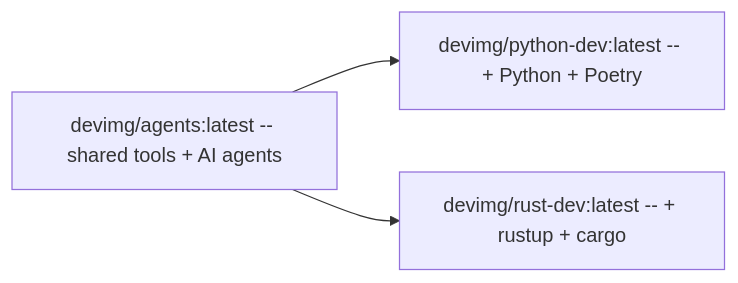
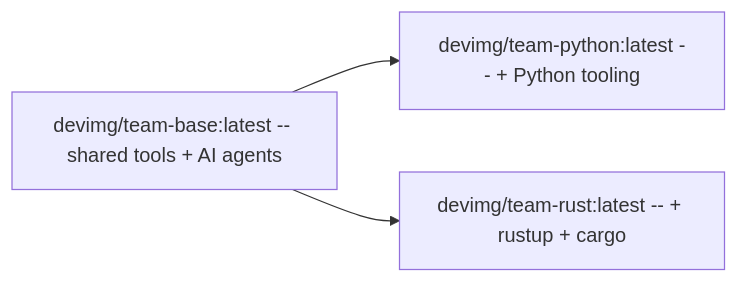
One commit to gubasso/devcontainerctl changed the fourth of 4 diagrams in docs/WORKFLOW-COMPARISON.md. Above: the diagram before and after it, drawn with Mermaid. The commit also changed other lines of this file and 59 other files, not shown here.

````diff
--- a/docs/WORKFLOW-COMPARISON.md
+++ b/docs/WORKFLOW-COMPARISON.md
@@ -447,8 +445,8 @@
 ```mermaid
 graph LR
-  AGENTS["devimg/agents:latest -- shared tools + AI agents"]
-  PYIMG["devimg/python-dev:latest -- + Python + Poetry"]
-  RSIMG["devimg/rust-dev:latest -- + rustup + cargo"]
-  AGENTS --> PYIMG
-  AGENTS --> RSIMG
+  TBASE["devimg/team-base:latest -- shared tools + AI agents"]
+  PYIMG["devimg/team-python:latest -- + Python tooling"]
+  RSIMG["devimg/team-rust:latest -- + rustup + cargo"]
+  TBASE --> PYIMG
+  TBASE --> RSIMG
 ```
````
